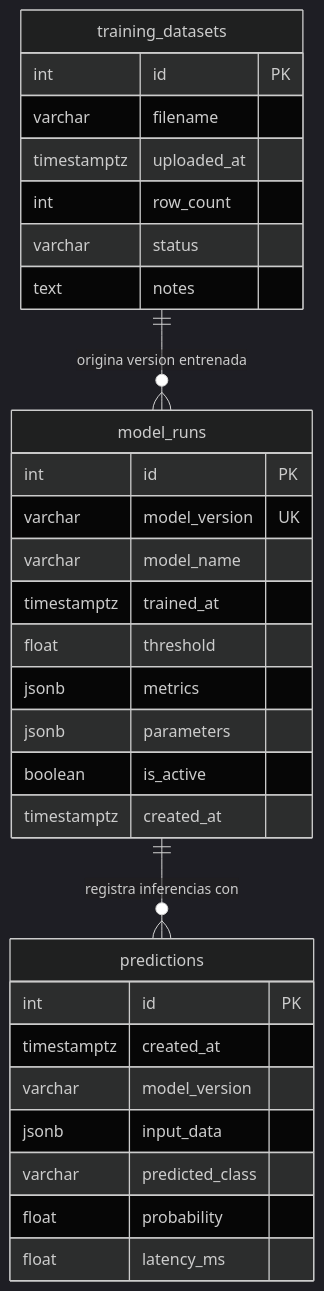
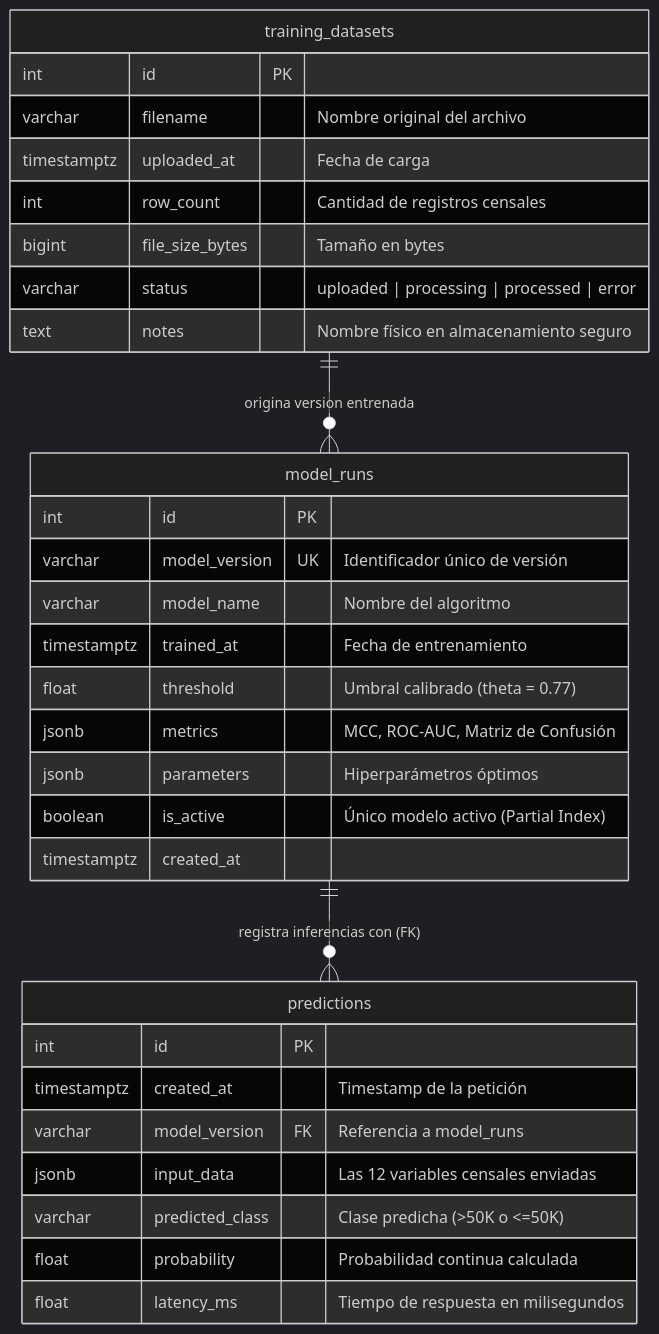
Before and after one commit to AlbertoMamaniD/Adults-Census: the diagram in db/README.md, drawn with Mermaid (dark theme). The commit also changed 1 other file, not shown here.

Commit message:
docs(db): actualizar diagrama entidad relacion ERD y guia de ejecucion con 28 pruebas

````diff
--- a/db/README.md
+++ b/db/README.md
@@ -9,36 +9,37 @@
 ```mermaid
 erDiagram
     model_runs {
         int id PK
-        varchar model_version UK
-        varchar model_name
-        timestamptz trained_at
-        float threshold
-        jsonb metrics
-        jsonb parameters
-        boolean is_active
+        varchar model_version UK "Identificador único de versión"
+        varchar model_name "Nombre del algoritmo"
+        timestamptz trained_at "Fecha de entrenamiento"
+        float threshold "Umbral calibrado (theta = 0.77)"
+        jsonb metrics "MCC, ROC-AUC, Matriz de Confusión"
+        jsonb parameters "Hiperparámetros óptimos"
+        boolean is_active "Único modelo activo (Partial Index)"
         timestamptz created_at
     }
 
     predictions {
         int id PK
-        timestamptz created_at
-        varchar model_version
-        jsonb input_data
-        varchar predicted_class
-        float probability
-        float latency_ms
+        timestamptz created_at "Timestamp de la petición"
+        varchar model_version FK "Referencia a model_runs"
+        jsonb input_data "Las 12 variables censales enviadas"
+        varchar predicted_class "Clase predicha (>50K o <=50K)"
+        float probability "Probabilidad continua calculada"
+        float latency_ms "Tiempo de respuesta en milisegundos"
     }
 
     training_datasets {
         int id PK
-        varchar filename
-        timestamptz uploaded_at
-        int row_count
-        varchar status
-        text notes
+        varchar filename "Nombre original del archivo"
+        timestamptz uploaded_at "Fecha de carga"
+        int row_count "Cantidad de registros censales"
+        bigint file_size_bytes "Tamaño en bytes"
+        varchar status "uploaded | processing | processed | error"
+        text notes "Nombre físico en almacenamiento seguro"
     }
 
-    model_runs ||--o{ predictions : "registra inferencias con"
+    model_runs ||--o{ predictions : "registra inferencias con (FK)"
     training_datasets ||--o{ model_runs : "origina version entrenada"
 ```
````
